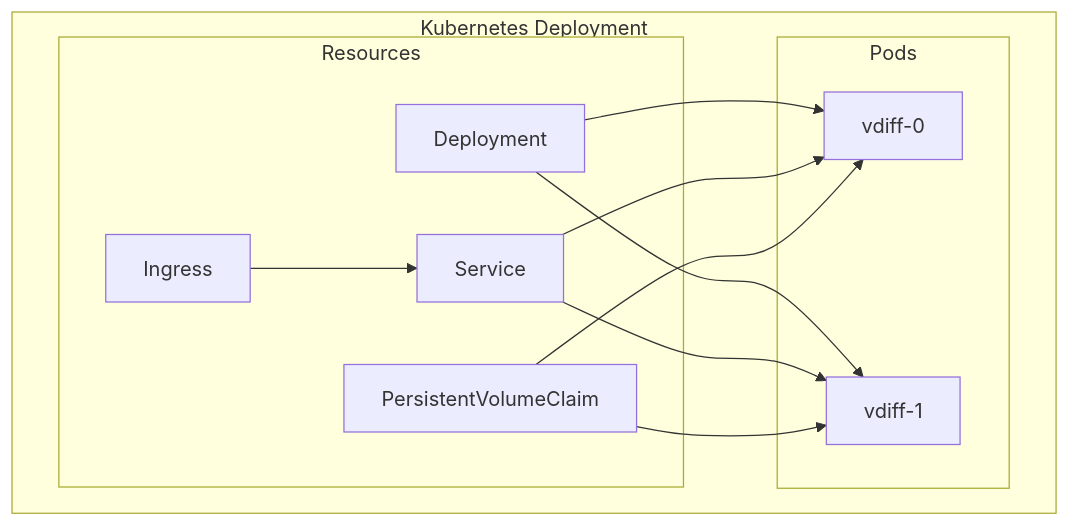
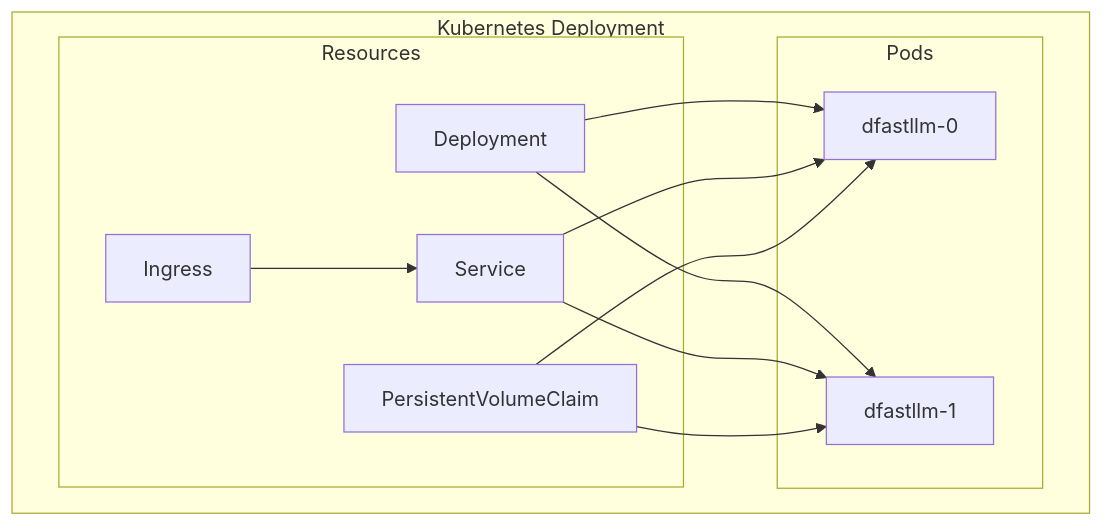
One commit to mwaykole/vdiff changed the sixth of 12 diagrams in docs/dev-doc/09-deployment.md. Above: the diagram before and after it, drawn with Mermaid. The commit also changed other lines of this file and 53 other files, not shown here.

First line of the commit message:
refactor: Rename all vdiff references to dfastllm

````diff
--- a/docs/dev-doc/09-deployment.md
+++ b/docs/dev-doc/09-deployment.md
@@ -179,24 +179,24 @@
 ```mermaid
 flowchart TB
     subgraph K8s["Kubernetes Deployment"]
         subgraph Resources["Resources"]
             DEP["Deployment"]
             SVC["Service"]
             ING["Ingress"]
             PVC["PersistentVolumeClaim"]
         end
         
         subgraph Pods["Pods"]
-            P1["vdiff-0"]
-            P2["vdiff-1"]
+            P1["dfastllm-0"]
+            P2["dfastllm-1"]
         end
     end
     
     DEP --> P1
     DEP --> P2
     SVC --> P1
     SVC --> P2
     ING --> SVC
     PVC --> P1
     PVC --> P2
 ```
````
